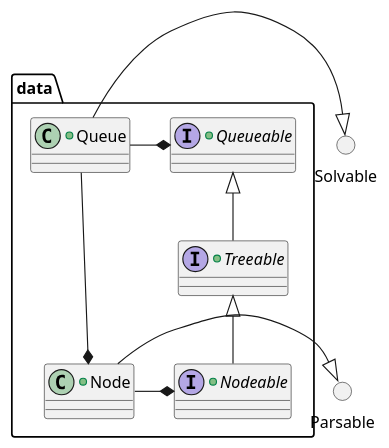
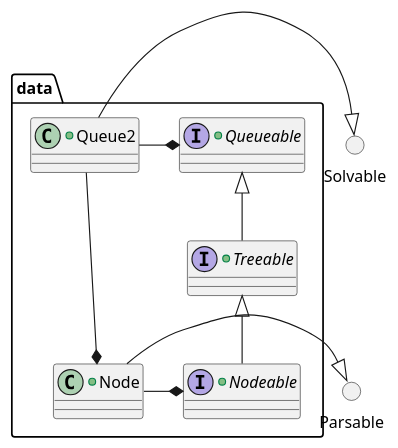
The diagram in src/docs/UML/data.puml (vitalispopoff/calculator), drawn with PlantUML before and after one commit. The commit also changed 11 other files, not shown here.

```diff
--- a/src/docs/UML/data.puml
+++ b/src/docs/UML/data.puml
@@ -1,36 +1,36 @@
 @startuml
 
 package data {
 
     +interface data.Queueable {
 
     }
 
     +interface Treeable extends data.Queueable{
 
     }
 
     +interface data.Nodeable extends Treeable{
 
     }
 
-    +class data.Queue {
+    +class data.Queue2 {
 
     }
 
     +class data.Node {
 
     }
 
-    data.Queue       -right-*    data.Queueable
+    data.Queue2       -right-*    data.Queueable
     data.Node        -right-*    data.Nodeable
 }
 
     () Solvable
     () Parsable
 
-    data.Queue       -right-|>   Solvable
+    data.Queue2       -right-|>   Solvable
     data.Node        -right-|>   Parsable
-    data.Queue       ---*     data.Node
+    data.Queue2       ---*     data.Node
 
 @enduml
```
